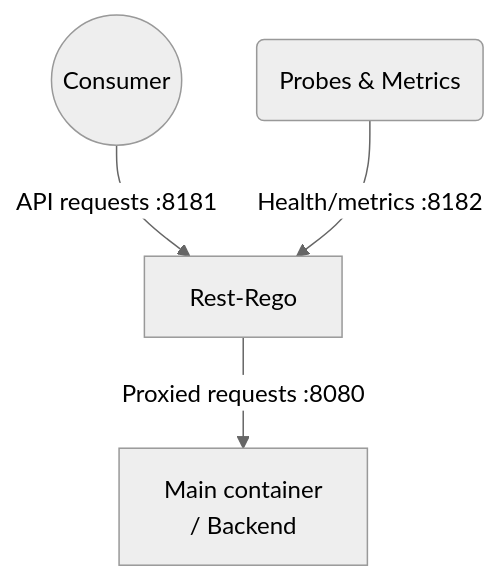
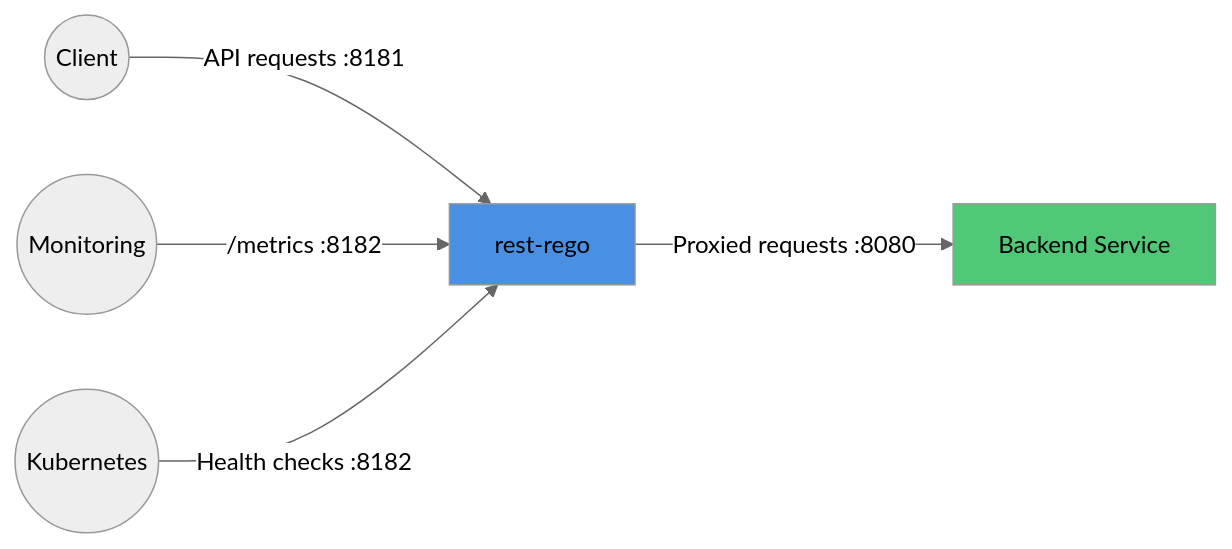
Before and after one commit to AB-Lindex/rest-rego: the first of 2 diagrams in README.md, drawn with Mermaid (neutral theme). The commit also changed other lines of this file and 4 other files, not shown here.

````diff
--- a/README.md
+++ b/README.md
@@ -101,6 +167,10 @@
 ```mermaid
-graph TD;
-  c((Consumer)) -- "API requests :8181" --> r[Rest-Rego]
-  r -- "Proxied requests :8080" --> m[Main container<br>/ Backend]
-  s(Probes & Metrics) -- "Health/metrics :8182" --> r
+graph LR
+    Client((Client)) -->|API requests :8181| RestRego[rest-rego]
+    RestRego -->|Proxied requests :8080| Backend[Backend Service]
+    Monitoring((Monitoring)) -->|/metrics :8182| RestRego
+    K8s((Kubernetes)) -->|Health checks :8182| RestRego
+    
+    style RestRego fill:#4a90e2
+    style Backend fill:#50c878
 ```
````
